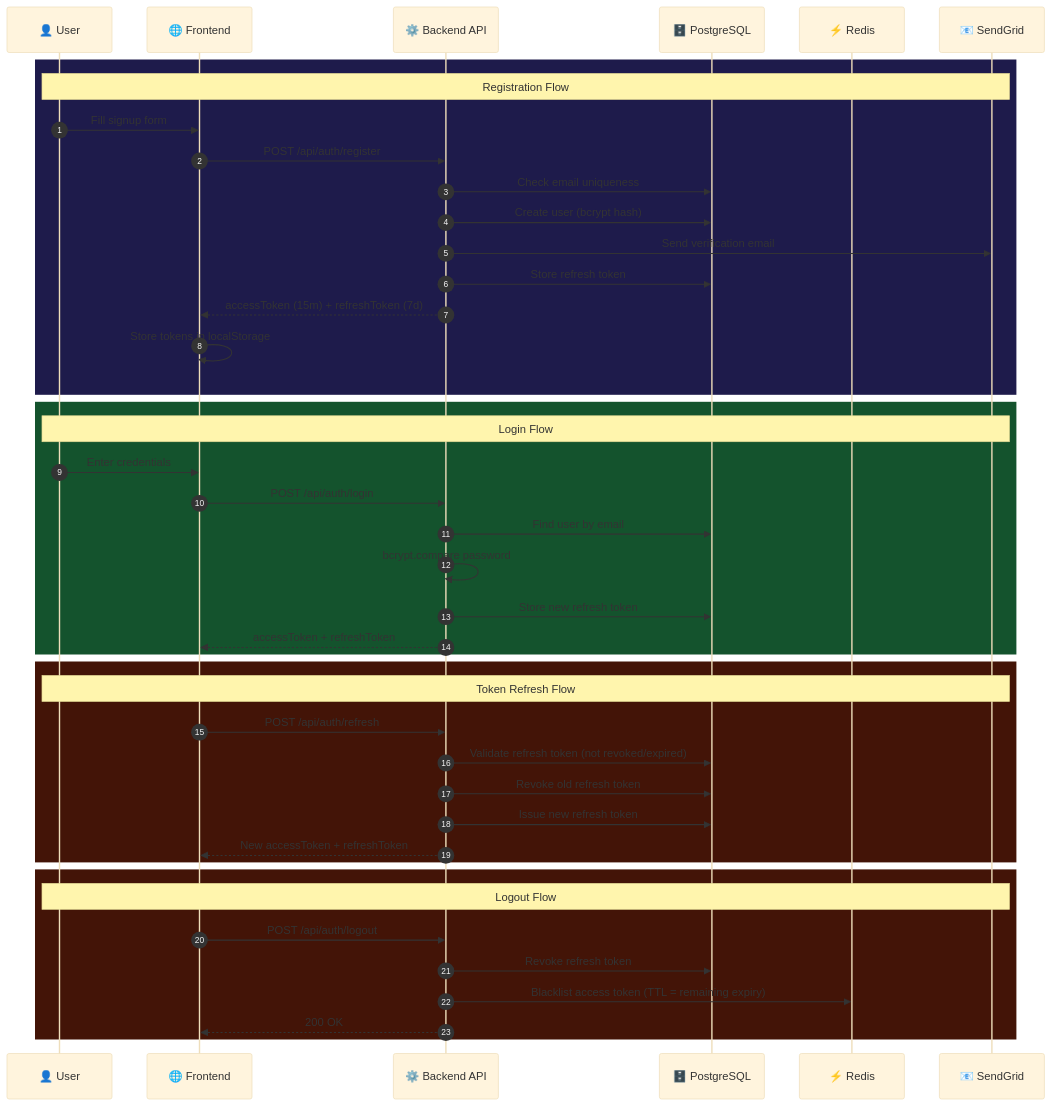
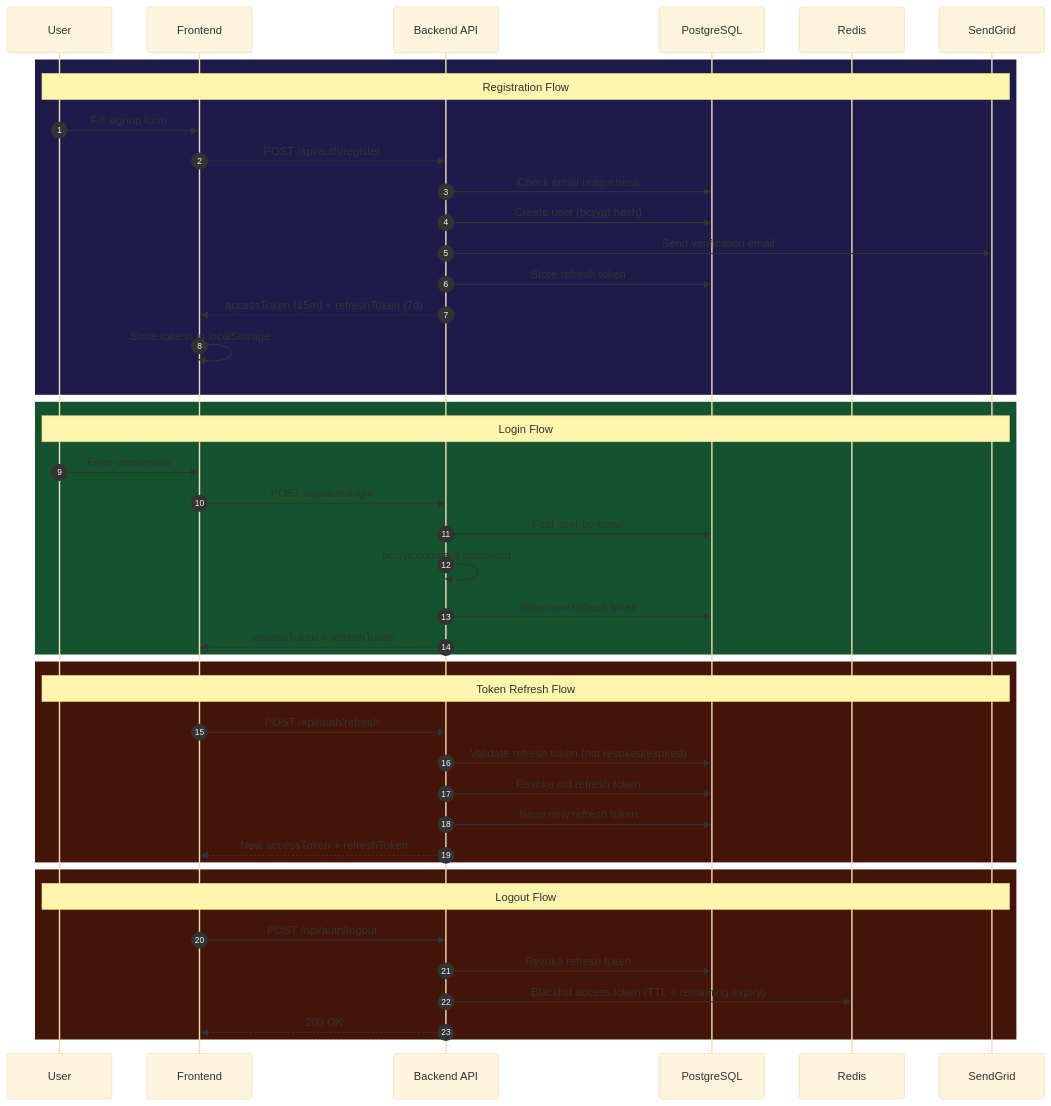
One commit to DeepakdevilB/Heal_Connect changed the second of 4 diagrams in README.md. Above: the diagram before and after it, drawn with Mermaid (base theme). The commit also changed other lines of this file and 3 other files, not shown here.

````diff
--- a/README.md
+++ b/README.md
@@ -68,49 +68,49 @@
 ```mermaid
 sequenceDiagram
     autonumber
-    participant U as 👤 User
-    participant FE as 🌐 Frontend
-    participant API as ⚙️ Backend API
-    participant DB as 🗄️ PostgreSQL
-    participant RD as ⚡ Redis
-    participant SG as 📧 SendGrid
+    participant U as User
+    participant FE as Frontend
+    participant API as Backend API
+    participant DB as PostgreSQL
+    participant RD as Redis
+    participant SG as SendGrid
 
     rect rgb(30, 27, 75)
         Note over U,SG: Registration Flow
         U->>FE: Fill signup form
         FE->>API: POST /api/auth/register
         API->>DB: Check email uniqueness
         API->>DB: Create user (bcrypt hash)
         API->>SG: Send verification email
         API->>DB: Store refresh token
         API-->>FE: accessToken (15m) + refreshToken (7d)
         FE->>FE: Store tokens in localStorage
     end
 
     rect rgb(20, 83, 45)
         Note over U,SG: Login Flow
         U->>FE: Enter credentials
         FE->>API: POST /api/auth/login
         API->>DB: Find user by email
         API->>API: bcrypt.compare password
         API->>DB: Store new refresh token
         API-->>FE: accessToken + refreshToken
     end
 
     rect rgb(67, 20, 7)
         Note over U,SG: Token Refresh Flow
         FE->>API: POST /api/auth/refresh
         API->>DB: Validate refresh token (not revoked/expired)
         API->>DB: Revoke old refresh token
         API->>DB: Issue new refresh token
         API-->>FE: New accessToken + refreshToken
     end
 
     rect rgb(67, 20, 7)
         Note over U,SG: Logout Flow
         FE->>API: POST /api/auth/logout
         API->>DB: Revoke refresh token
         API->>RD: Blacklist access token (TTL = remaining expiry)
         API-->>FE: 200 OK
     end
 ```
````
